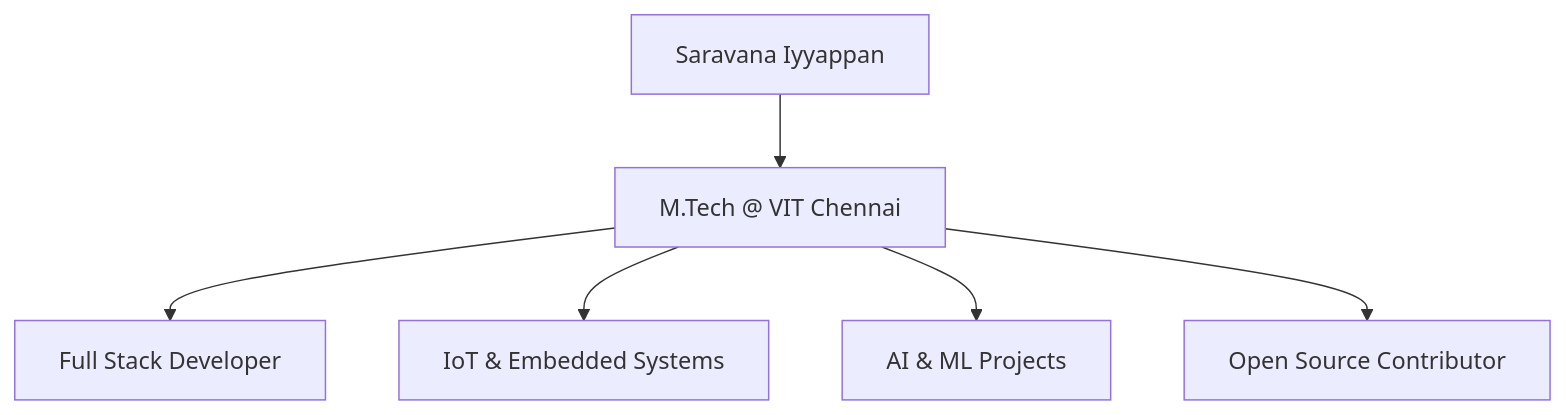
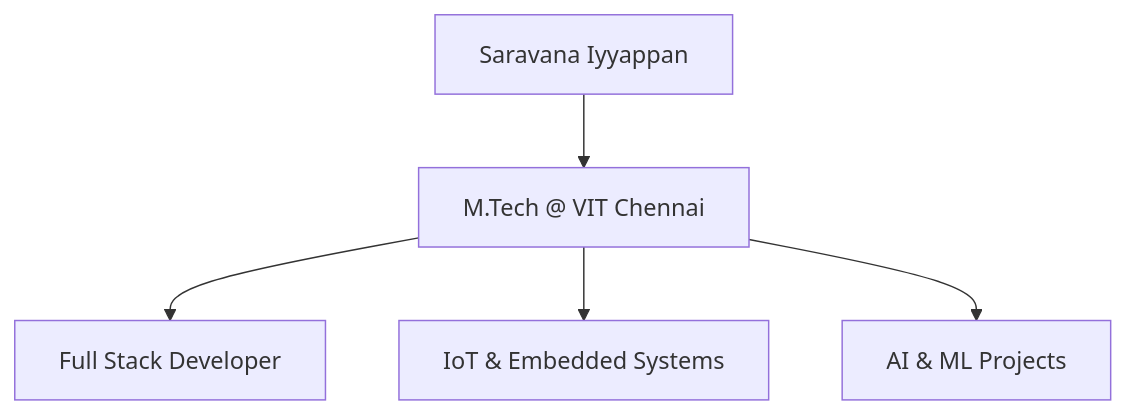
Before and after one commit to DeluluSaro/DeluluSaro: the diagram in README.md, drawn with Mermaid.

````diff
--- a/README.md
+++ b/README.md
@@ -14,8 +14,8 @@
 ```mermaid
 graph TD
   A[Saravana Iyyappan] --> B[M.Tech @ VIT Chennai]
   B --> C[Full Stack Developer]
   B --> D[IoT & Embedded Systems]
   B --> E[AI & ML Projects]
-  B --> F[Open Source Contributor]
+  
 ```
````
